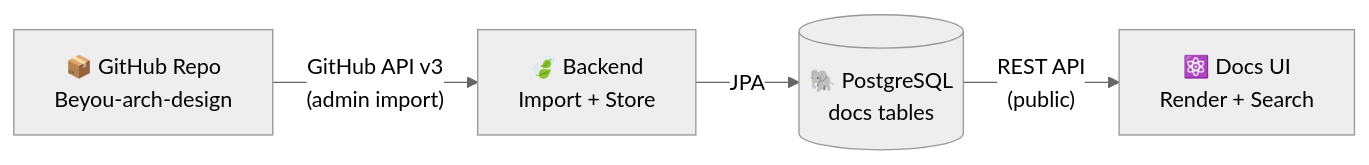
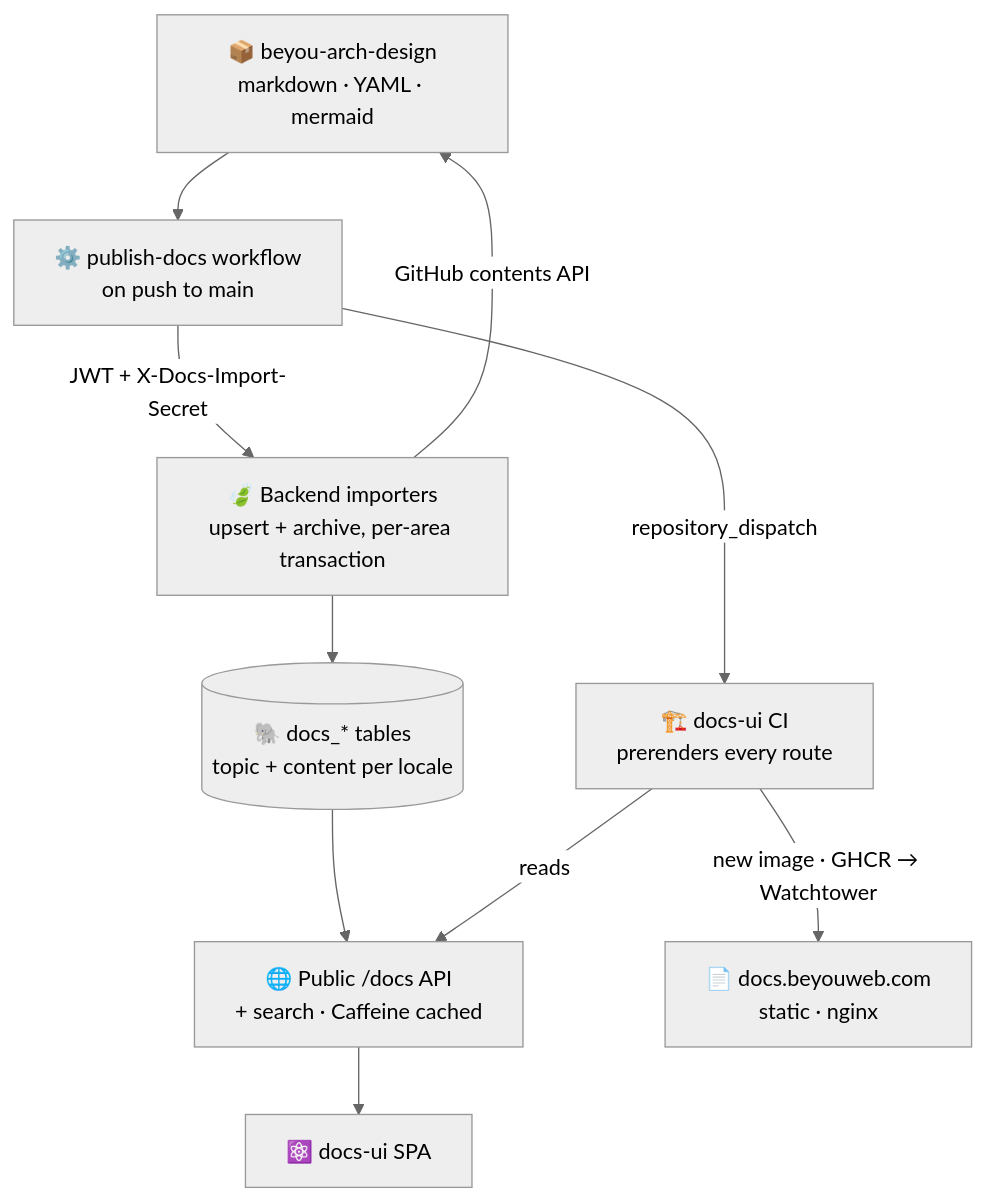
Before and after one commit to AndDev741/Beyou-arch-design: the diagram in architecture/docs-system/diagram.mmd, drawn with Mermaid (neutral theme). The commit also changed 3 other files, not shown here.

First line of the commit message:
docs(architecture): docs-system topic learns about its own automation

```diff
--- a/architecture/docs-system/diagram.mmd
+++ b/architecture/docs-system/diagram.mmd
@@ -1,5 +1,19 @@
-flowchart LR
-  GH["📦 GitHub Repo<br/>Beyou-arch-design"]
-  GH -->|"GitHub API v3<br/>(admin import)"| BE["🍃 Backend<br/>Import + Store"]
-  BE -->|"JPA"| DB[("🐘 PostgreSQL<br/>docs tables")]
-  DB -->|"REST API<br/>(public)"| UI["⚛️ Docs UI<br/>Render + Search"]
+flowchart TD
+  GH["📦 beyou-arch-design<br/>markdown · YAML · mermaid"]
+  WF["⚙️ publish-docs workflow<br/>on push to main"]
+  BE["🍃 Backend importers<br/>upsert + archive, per-area transaction"]
+  DB[("🐘 docs_* tables<br/>topic + content per locale")]
+  API["🌐 Public /docs API<br/>+ search · Caffeine cached"]
+  UI["⚛️ docs-ui SPA"]
+  CI["🏗️ docs-ui CI<br/>prerenders every route"]
+  LIVE["📄 docs.beyouweb.com<br/>static · nginx"]
+
+  GH --> WF
+  WF -->|"JWT + X-Docs-Import-Secret"| BE
+  BE -->|"GitHub contents API"| GH
+  BE --> DB
+  DB --> API
+  API --> UI
+  WF -->|"repository_dispatch"| CI
+  CI -->|"reads"| API
+  CI -->|"new image · GHCR → Watchtower"| LIVE
```
